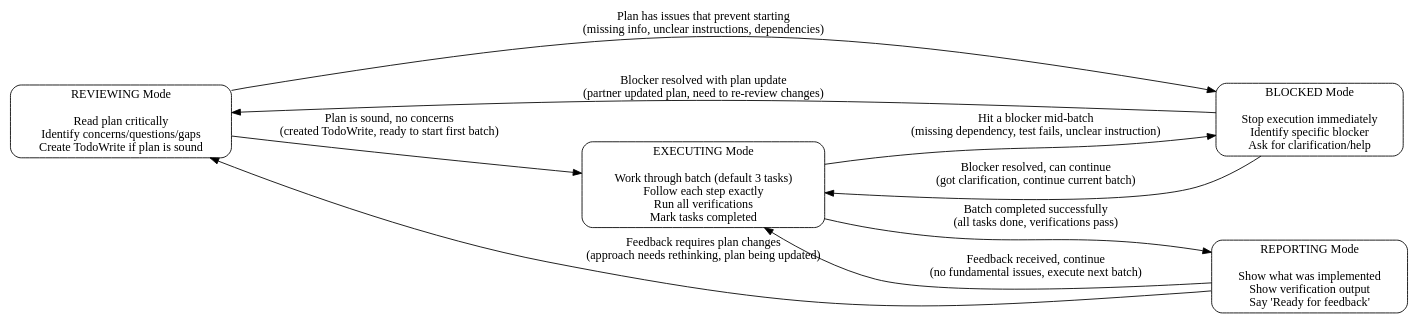
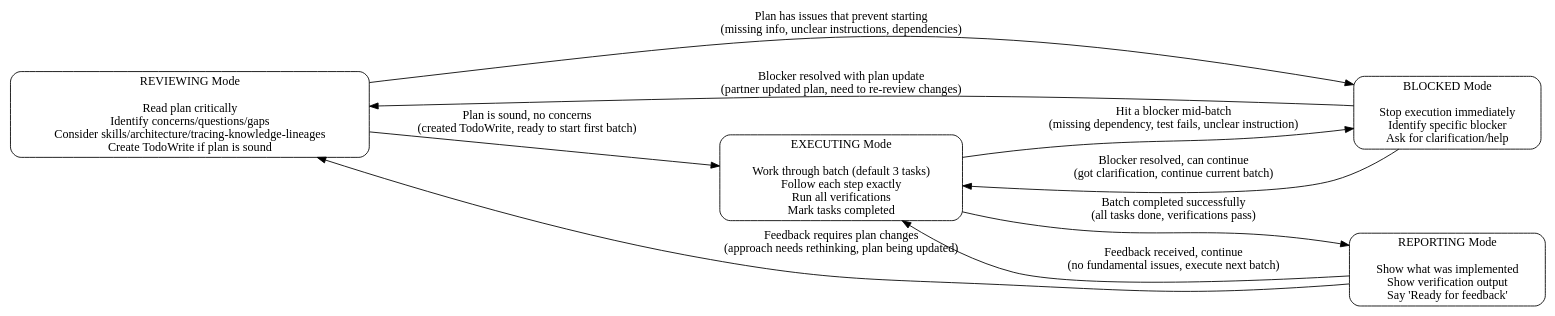
The diagram in plugin/skills/collaboration/executing-plans/SKILL.md (sitien173/refract), drawn with Graphviz before and after one commit. The commit also changed 1 other file, not shown here.

Commit message:
feat: add skill cross-references for discoverability
- Reference preserving-productive-tensions from brainstorming EXPLORING mode
- Reference detecting-emergent-patterns from brainstorming when stuck
- Reference tracing-knowledge-lineages from brainstorming before changes
- Reference tracing-knowledge-lineages from executing-plans REVIEWING mode

Makes new architecture skills discoverable through commonly-used workflows.

````diff
--- a/plugin/skills/collaboration/executing-plans/SKILL.md
+++ b/plugin/skills/collaboration/executing-plans/SKILL.md
@@ -20,30 +20,30 @@
 ```dot
 digraph executing_modes {
     rankdir=LR;
     node [shape=box, style=rounded];
 
-    REVIEWING [label="REVIEWING Mode\n\nRead plan critically\nIdentify concerns/questions/gaps\nCreate TodoWrite if plan is sound"];
+    REVIEWING [label="REVIEWING Mode\n\nRead plan critically\nIdentify concerns/questions/gaps\nConsider skills/architecture/tracing-knowledge-lineages\nCreate TodoWrite if plan is sound"];
 
     EXECUTING [label="EXECUTING Mode\n\nWork through batch (default 3 tasks)\nFollow each step exactly\nRun all verifications\nMark tasks completed"];
 
     BLOCKED [label="BLOCKED Mode\n\nStop execution immediately\nIdentify specific blocker\nAsk for clarification/help"];
 
     REPORTING [label="REPORTING Mode\n\nShow what was implemented\nShow verification output\nSay 'Ready for feedback'"];
 
     REVIEWING -> EXECUTING [label="Plan is sound, no concerns\n(created TodoWrite, ready to start first batch)"];
 
     REVIEWING -> BLOCKED [label="Plan has issues that prevent starting\n(missing info, unclear instructions, dependencies)"];
 
     EXECUTING -> BLOCKED [label="Hit a blocker mid-batch\n(missing dependency, test fails, unclear instruction)"];
 
     EXECUTING -> REPORTING [label="Batch completed successfully\n(all tasks done, verifications pass)"];
 
     BLOCKED -> REVIEWING [label="Blocker resolved with plan update\n(partner updated plan, need to re-review changes)"];
 
     BLOCKED -> EXECUTING [label="Blocker resolved, can continue\n(got clarification, continue current batch)"];
 
     REPORTING -> EXECUTING [label="Feedback received, continue\n(no fundamental issues, execute next batch)"];
 
     REPORTING -> REVIEWING [label="Feedback requires plan changes\n(approach needs rethinking, plan being updated)"];
 }
 ```
````
